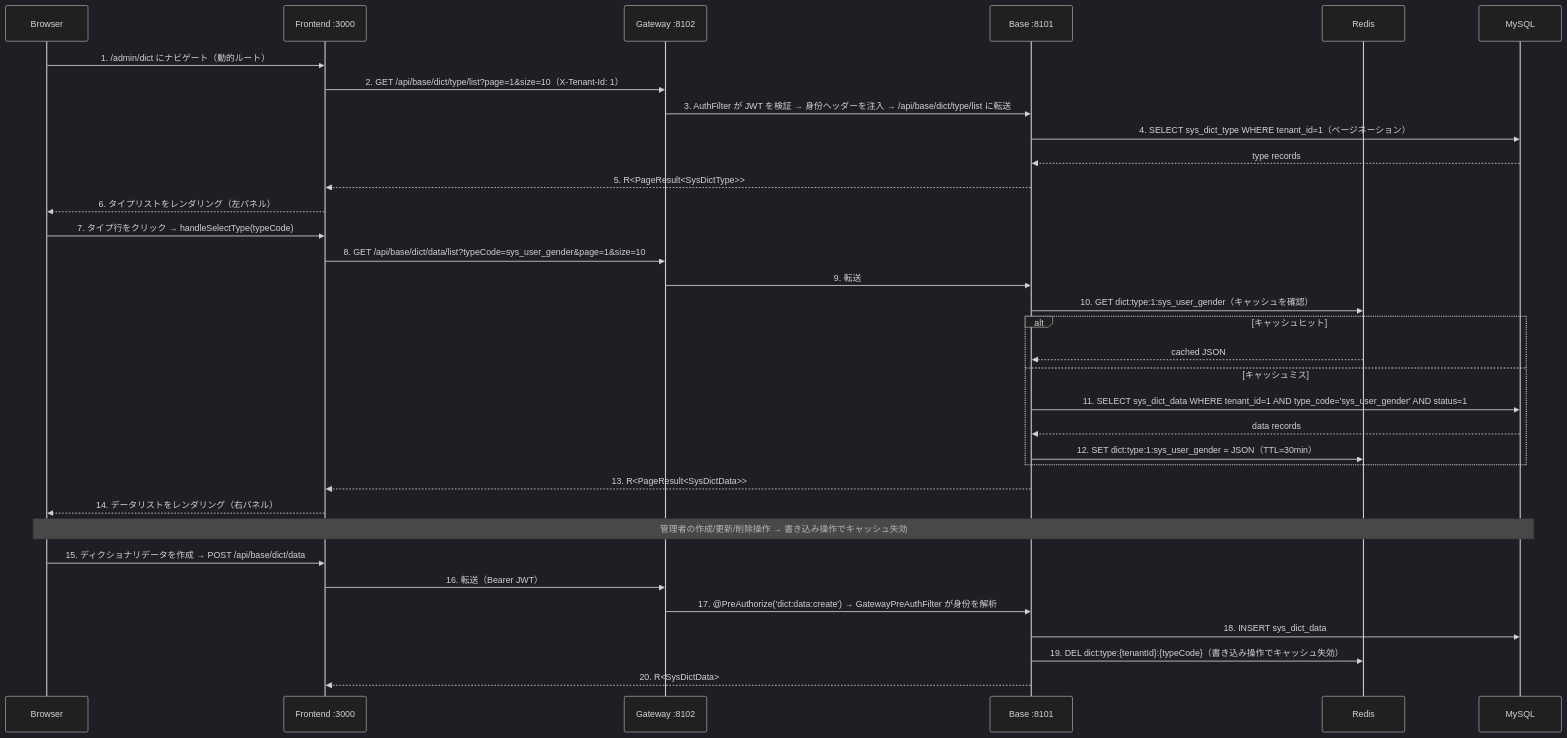
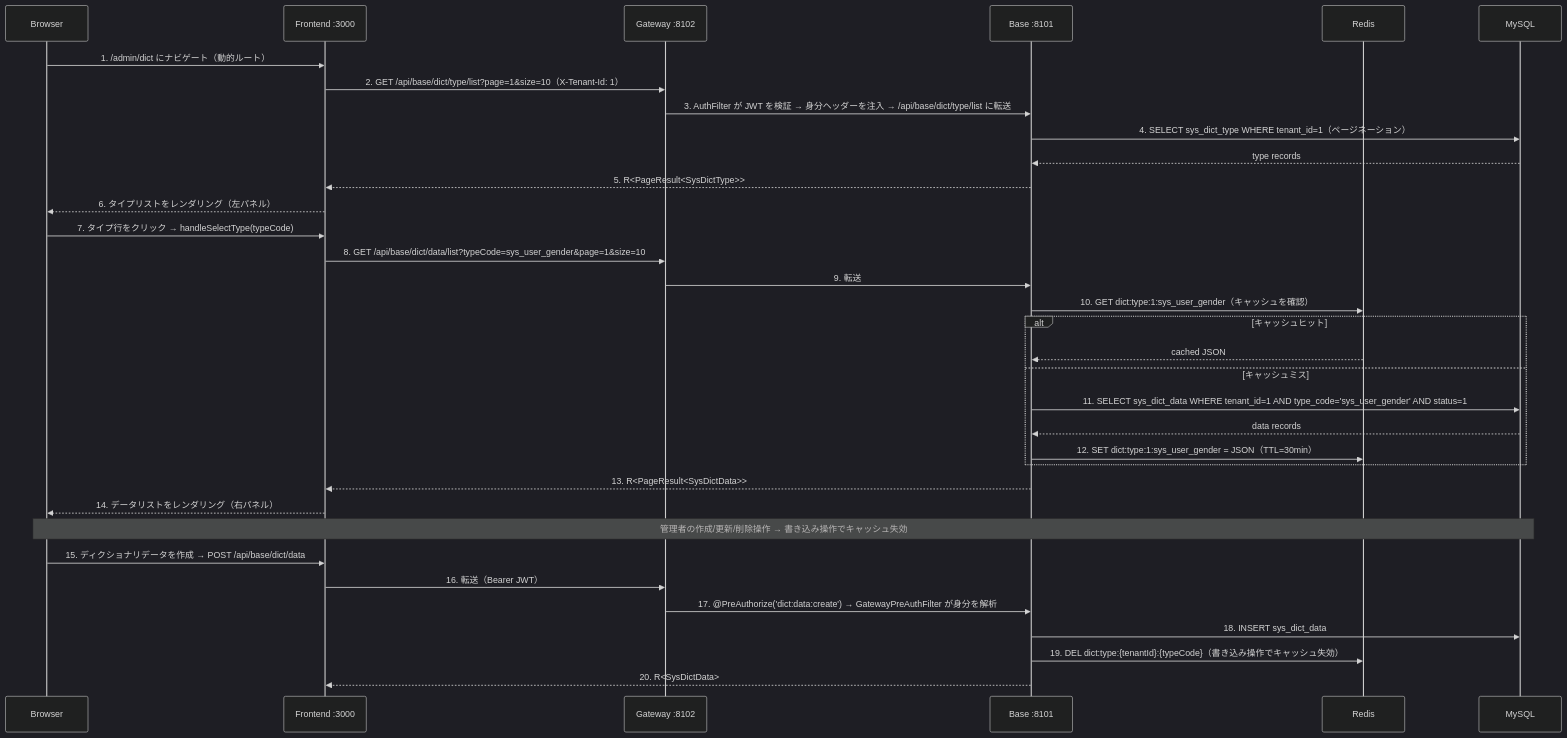
Before and after one commit to wang-baohai/Omni-Stack: the eighth of 19 diagrams in docs/core-flows.jp.md, drawn with Mermaid (dark theme). The commit also changed other lines of this file and 1443 other files, not shown here.

````diff
--- a/docs/core-flows.jp.md
+++ b/docs/core-flows.jp.md
@@ -1042,39 +1042,39 @@
 ```mermaid
 sequenceDiagram
     participant B as Browser
     participant F as Frontend :3000
     participant G as Gateway :8102
     participant Base as Base :8101
     participant R as Redis
     participant M as MySQL
 
     B->>F: 1. /admin/dict にナビゲート（動的ルート）
     F->>G: 2. GET /api/base/dict/type/list?page=1&size=10（X-Tenant-Id: 1）
-    G->>Base: 3. AuthFilter が JWT を検証 → 身份ヘッダーを注入 → /api/base/dict/type/list に転送
+    G->>Base: 3. AuthFilter が JWT を検証 → 身分ヘッダーを注入 → /api/base/dict/type/list に転送
     Base->>M: 4. SELECT sys_dict_type WHERE tenant_id=1（ページネーション）
     M-->>Base: type records
     Base-->>F: 5. R<PageResult<SysDictType>>
     F-->>B: 6. タイプリストをレンダリング（左パネル）
 
     B->>F: 7. タイプ行をクリック → handleSelectType(typeCode)
     F->>G: 8. GET /api/base/dict/data/list?typeCode=sys_user_gender&page=1&size=10
     G->>Base: 9. 転送
     Base->>R: 10. GET dict:type:1:sys_user_gender（キャッシュを確認）
     alt キャッシュヒット
         R-->>Base: cached JSON
     else キャッシュミス
         Base->>M: 11. SELECT sys_dict_data WHERE tenant_id=1 AND type_code='sys_user_gender' AND status=1
         M-->>Base: data records
         Base->>R: 12. SET dict:type:1:sys_user_gender = JSON（TTL=30min）
     end
     Base-->>F: 13. R<PageResult<SysDictData>>
     F-->>B: 14. データリストをレンダリング（右パネル）
 
     Note over B,M: 管理者の作成/更新/削除操作 → 書き込み操作でキャッシュ失効
     B->>F: 15. ディクショナリデータを作成 → POST /api/base/dict/data
     F->>G: 16. 転送（Bearer JWT）
-    G->>Base: 17. @PreAuthorize('dict:data:create') → GatewayPreAuthFilter が身份を解析
+    G->>Base: 17. @PreAuthorize('dict:data:create') → GatewayPreAuthFilter が身分を解析
     Base->>M: 18. INSERT sys_dict_data
     Base->>R: 19. DEL dict:type:{tenantId}:{typeCode}（書き込み操作でキャッシュ失効）
     Base-->>F: 20. R<SysDictData>
 ```
````
